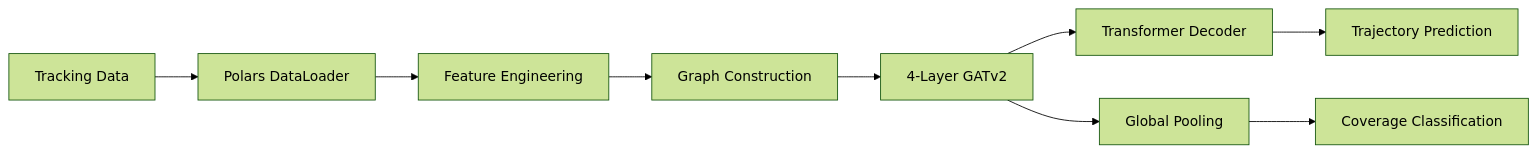
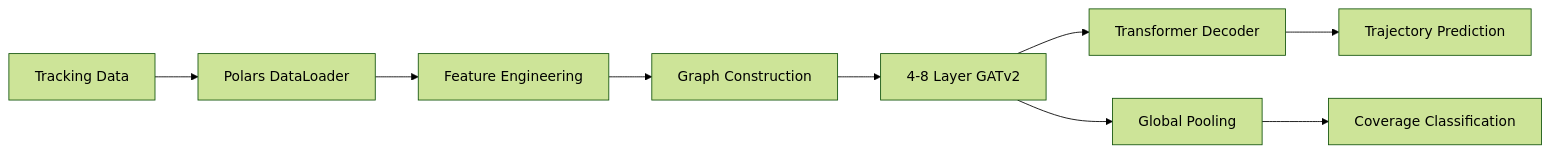
Before and after one commit to tanm-sys/NFL: the diagram in README.md, drawn with Mermaid (forest theme). The commit also changed other lines of this file and 8 other files, not shown here.

````diff
--- a/README.md
+++ b/README.md
@@ -88,11 +88,11 @@
 ```mermaid
 graph LR
     Input[Tracking Data] --> Loader[Polars DataLoader]
     Loader --> Features[Feature Engineering]
     Features --> Graph[Graph Construction]
-    Graph --> GNN[4-Layer GATv2]
+    Graph --> GNN[4-8 Layer GATv2]
     GNN --> Decoder[Transformer Decoder]
     Decoder --> Trajectory[Trajectory Prediction]
     GNN --> Pool[Global Pooling]
     Pool --> Classifier[Coverage Classification]
 ```
````
